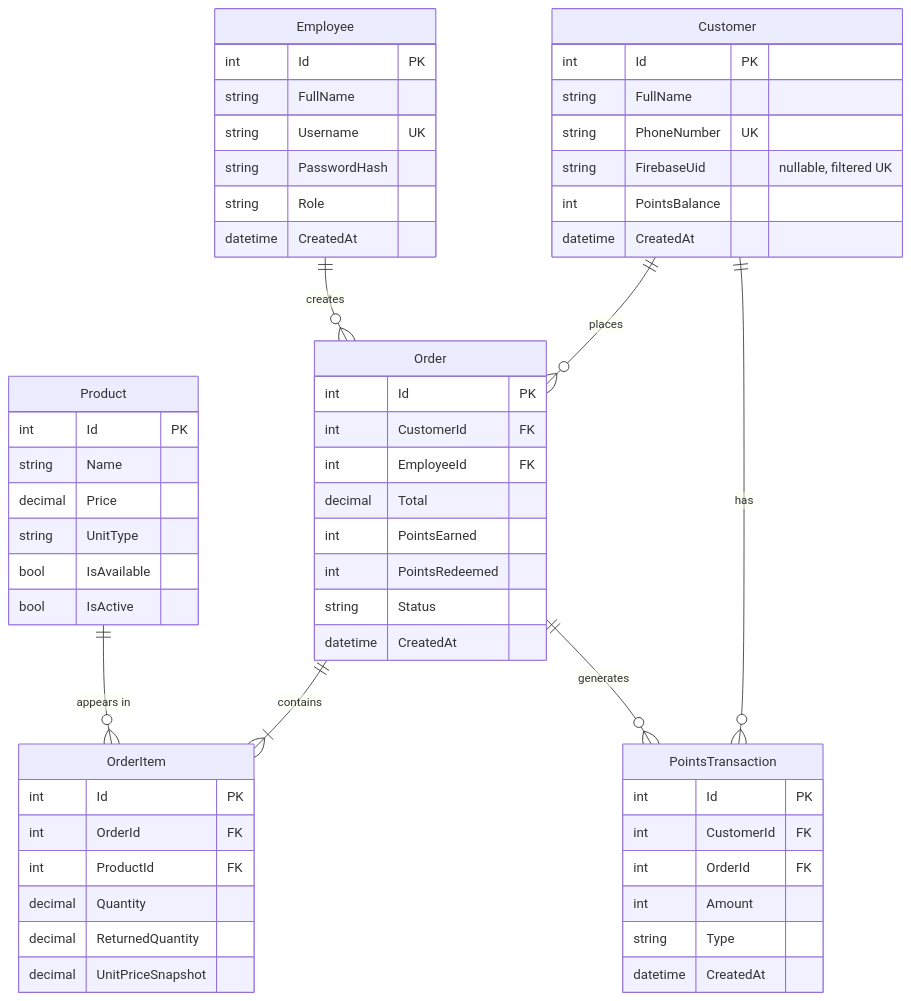
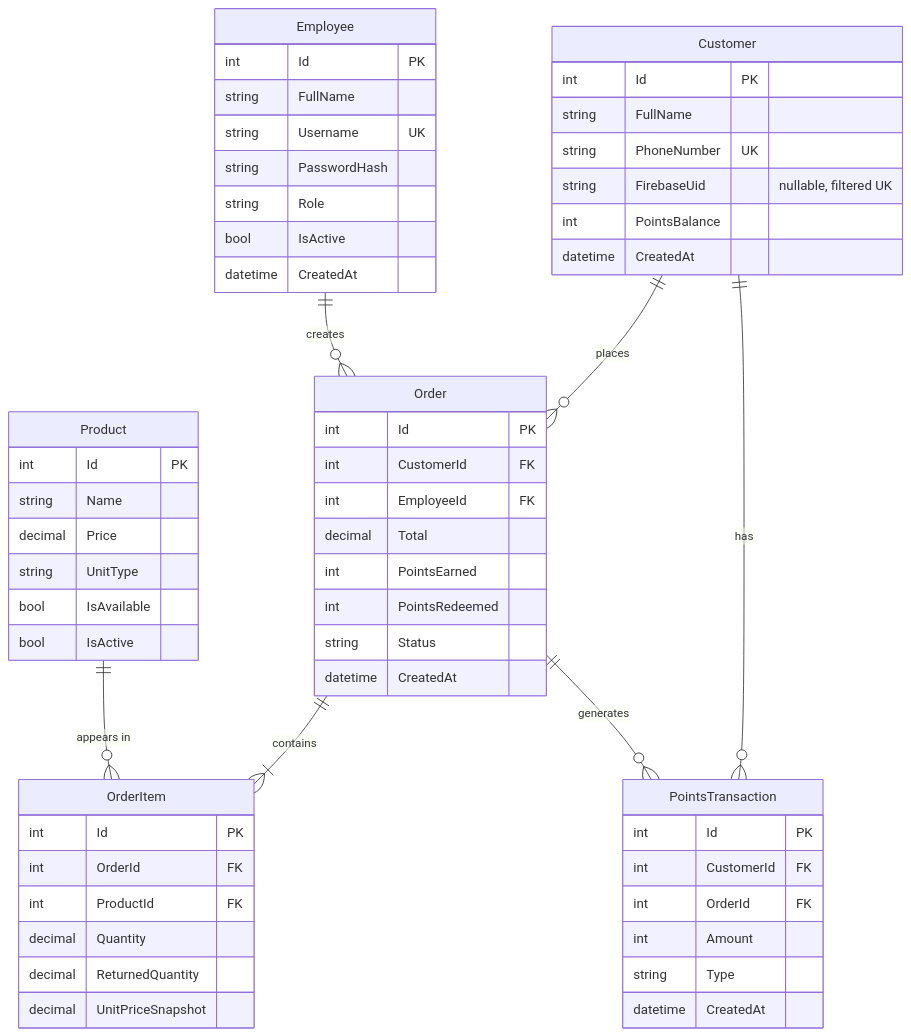
The diagram in docs/ERD.md (Mohammad-abdelhadi-2006/coffee-loyalty-system), drawn with Mermaid before and after one commit. The commit also changed other lines of this file and 2 other files, not shown here.

Commit message:
docs: update ERD with Employee.IsActive soft-delete docs: add decisions 17-19 (walk-in, employee deactivation, partial returns) docs: add api-contract

````diff
--- a/docs/ERD.md
+++ b/docs/ERD.md
@@ -3,60 +3,61 @@
 ```mermaid
 erDiagram
     Customer {
         int Id PK
         string FullName
         string PhoneNumber UK
         string FirebaseUid "nullable, filtered UK"
         int PointsBalance
         datetime CreatedAt
     }
     Employee {
         int Id PK
         string FullName
         string Username UK
         string PasswordHash
         string Role
+        bool IsActive
         datetime CreatedAt
     }
     Product {
         int Id PK
         string Name
         decimal Price
         string UnitType
         bool IsAvailable
         bool IsActive
     }
     Order {
         int Id PK
         int CustomerId FK
         int EmployeeId FK
         decimal Total
         int PointsEarned
         int PointsRedeemed
         string Status
         datetime CreatedAt
     }
     OrderItem {
         int Id PK
         int OrderId FK
         int ProductId FK
         decimal Quantity
         decimal ReturnedQuantity
         decimal UnitPriceSnapshot
     }
     PointsTransaction {
         int Id PK
         int CustomerId FK
         int OrderId FK
         int Amount
         string Type
         datetime CreatedAt
     }
 
     Customer ||--o{ Order : places
     Employee ||--o{ Order : creates
     Order ||--|{ OrderItem : contains
     Product ||--o{ OrderItem : "appears in"
     Customer ||--o{ PointsTransaction : has
     Order ||--o{ PointsTransaction : generates
 ```
````
